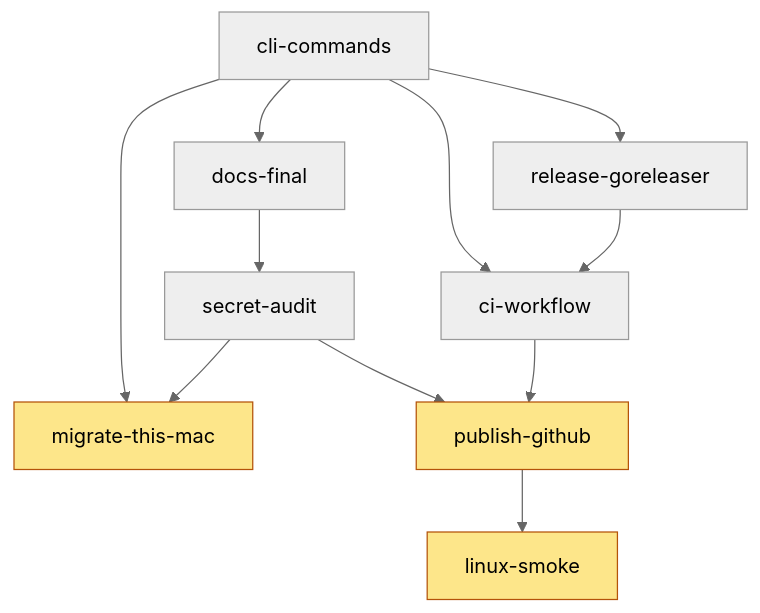
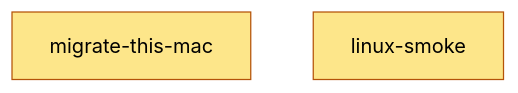
The diagram in docs/task-graph.md (doraeminemon/dotfiles), drawn with Mermaid (neutral theme) before and after one commit. The commit also changed 1 other file, not shown here.

Commit message:
chore: close publish-github
Published as a public repo with CI green and the v0.1.0 release
(4 binaries named to match uname).

closes publish-github

Claude-Session: https://claude.ai/code/session_01Bk3HCsuseL1qppwTjMyc6Z

````diff
--- a/docs/task-graph.md
+++ b/docs/task-graph.md
@@ -5,12 +5,6 @@
 ```mermaid
 flowchart TD
   classDef approval fill:#fde68a,stroke:#b45309,color:#000
-
-  cli-commands --> release-goreleaser
-  cli-commands & release-goreleaser --> ci-workflow
-  cli-commands --> docs-final
-  docs-final --> secret-audit
-  cli-commands & secret-audit --> migrate-this-mac:::approval
-  secret-audit & ci-workflow --> publish-github:::approval
-  publish-github --> linux-smoke:::approval
+  migrate-this-mac:::approval
+  linux-smoke:::approval
 ```
````
